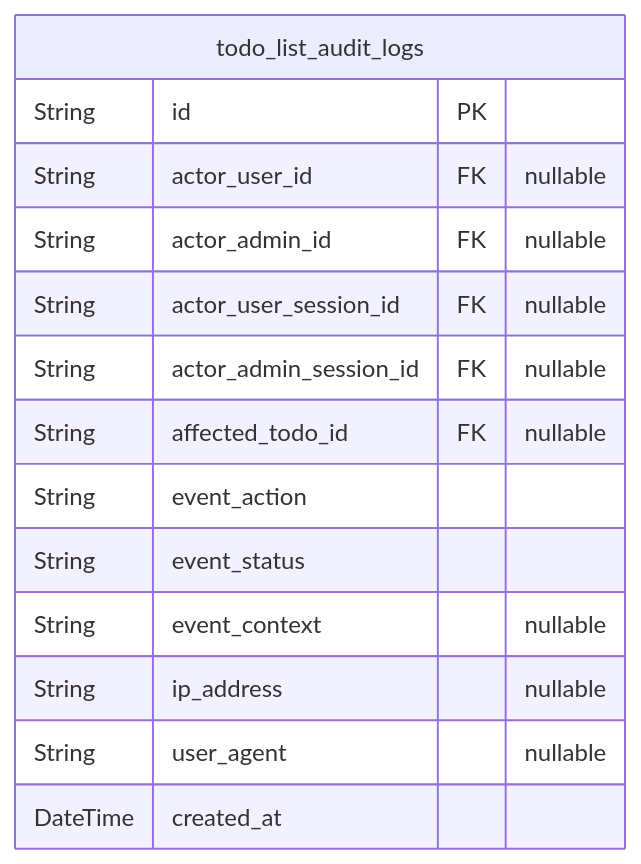
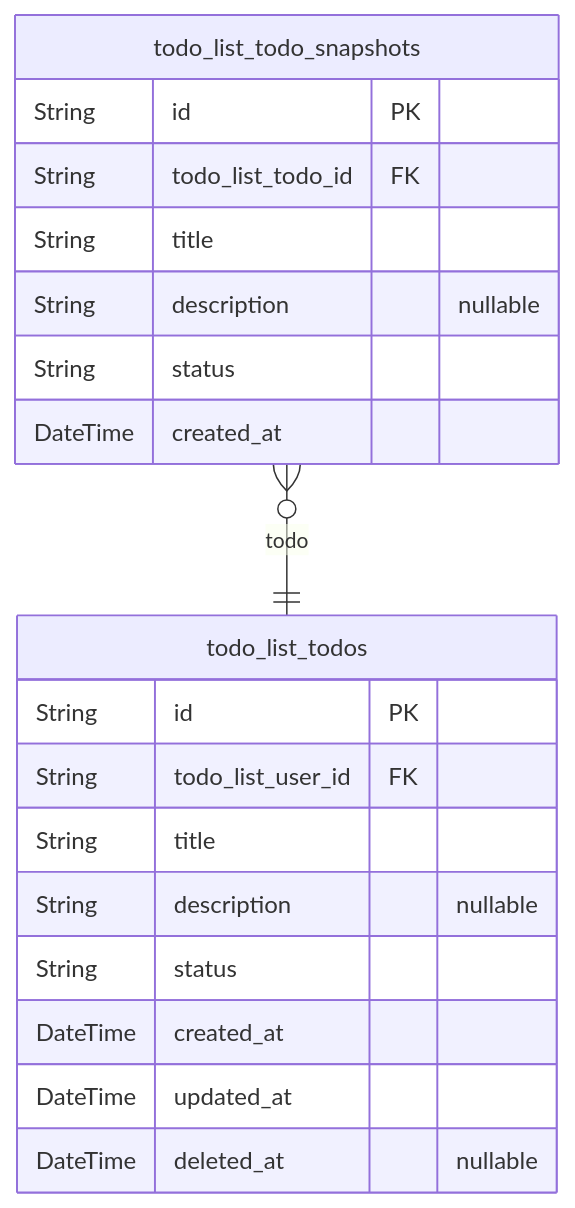
Before and after one commit to wrtnlabs/autobe-examples: the third of 3 diagrams in deepseek/deepseek-v3.1-terminus-exacto/todo/docs/ERD.md, drawn with Mermaid. The commit also changed other lines of this file and 1725 other files, not shown here.

````diff
--- a/deepseek/deepseek-v3.1-terminus-exacto/todo/docs/ERD.md
+++ b/deepseek/deepseek-v3.1-terminus-exacto/todo/docs/ERD.md
@@ -336,17 +158,22 @@
 ```mermaid
 erDiagram
-"todo_list_audit_logs" {
+"todo_list_todos" {
   String id PK
-  String actor_user_id FK "nullable"
-  String actor_admin_id FK "nullable"
-  String actor_user_session_id FK "nullable"
-  String actor_admin_session_id FK "nullable"
-  String affected_todo_id FK "nullable"
-  String event_action
-  String event_status
-  String event_context "nullable"
-  String ip_address "nullable"
-  String user_agent "nullable"
+  String todo_list_user_id FK
+  String title
+  String description "nullable"
+  String status
+  DateTime created_at
+  DateTime updated_at
+  DateTime deleted_at "nullable"
+}
+"todo_list_todo_snapshots" {
+  String id PK
+  String todo_list_todo_id FK
+  String title
+  String description "nullable"
+  String status
   DateTime created_at
 }
+"todo_list_todo_snapshots" }o--|| "todo_list_todos" : todo
 ```
````
